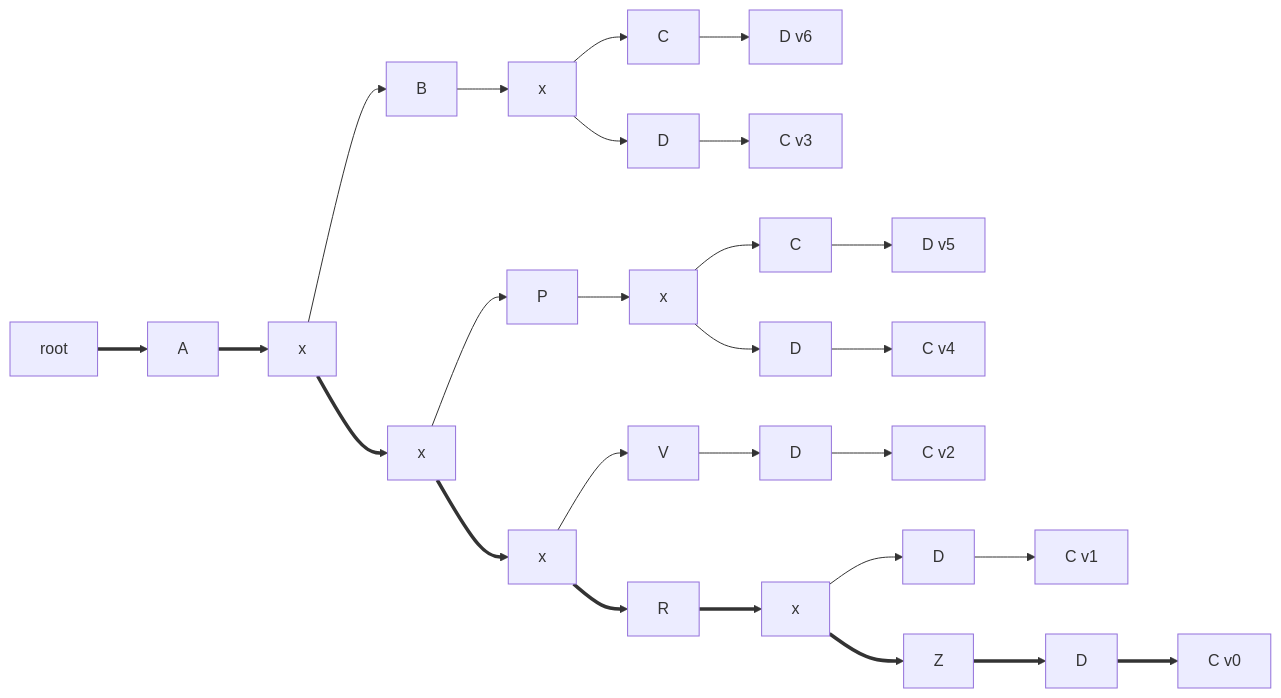
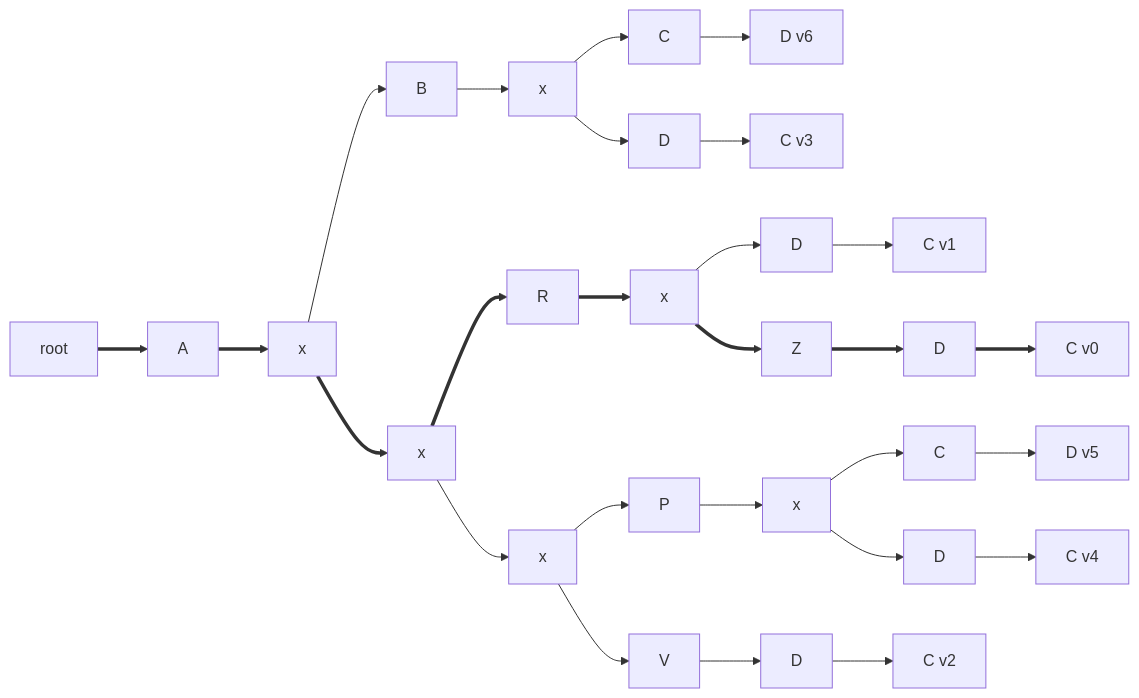
One commit to vedph/gve-doc changed diagram 16 of 16 in model/export-tree.md. Above: the diagram before and after it, drawn with Mermaid. The commit also changed other lines of this file, not shown here.

````diff
--- a/model/export-tree.md
+++ b/model/export-tree.md
@@ -349,30 +349,30 @@
 ```mermaid
 graph LR;
 
 root ==> A
 A ==> x5[x]
 x5 --> B6[B]
 B6[B] --> x3[x]
 x3[x] --> C6[C]
 C6[C] --> D6[D v6]
 x3[x] --> D3[D]
 D3 --> C3[C v3]
 x5 ==> x2[x]
-x2 --> P5[P]
-P5[P] --> x4[x]
-x4[x] --> C5[C]
-C5[C] --> D5[D v5]
-x4[x] --> D4[D]
-D4[D] --> C4[C v4]
-x2 ==> x1[x]
-x1 --> V2[V]
-V2 --> D2[D]
-D2 --> C2[C v2]
-x1 ==> R1[R]
+x2 ==> R1[R]
 R1 ==> x0[x]
 x0 --> D1[D]
 D1 --> C1[C v1]
 x0 ==> Z0[Z]
 Z0 ==> D0[D]
 D0 ==> C0[C v0]
+x2 --> x1[x]
+x1 --> P5[P]
+P5[P] --> x4[x]
+x4[x] --> C5[C]
+C5[C] --> D5[D v5]
+x4[x] --> D4[D]
+D4[D] --> C4[C v4]
+x1 --> V2[V]
+V2 --> D2[D]
+D2 --> C2[C v2]
 ```
````
